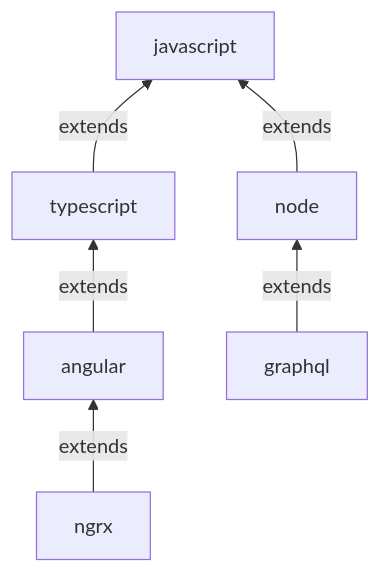
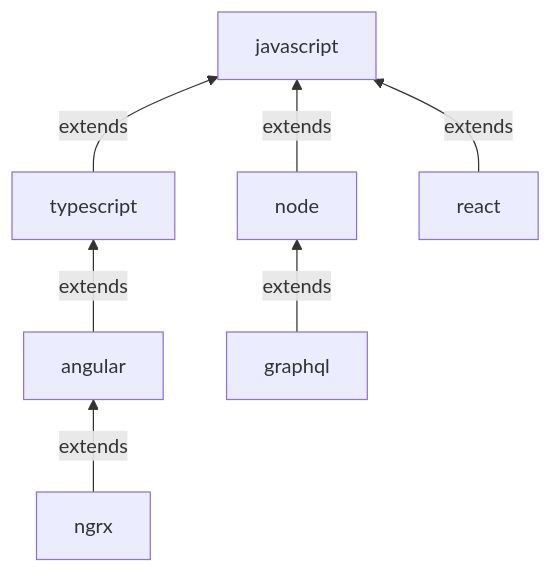
Before and after one commit to code-pushup/eslint-config: the diagram in README.md, drawn with Mermaid. The commit also changed 3 other files, not shown here.

Commit message:
Extend javascript config in react config

````diff
--- a/README.md
+++ b/README.md
@@ -30,8 +30,9 @@
 ```mermaid
   graph BT;
     typescript --extends--> javascript
     node --extends--> javascript
     angular --extends--> typescript
     ngrx --extends--> angular
+    react --extends--> javascript
     graphql --extends--> node
 ```
````
